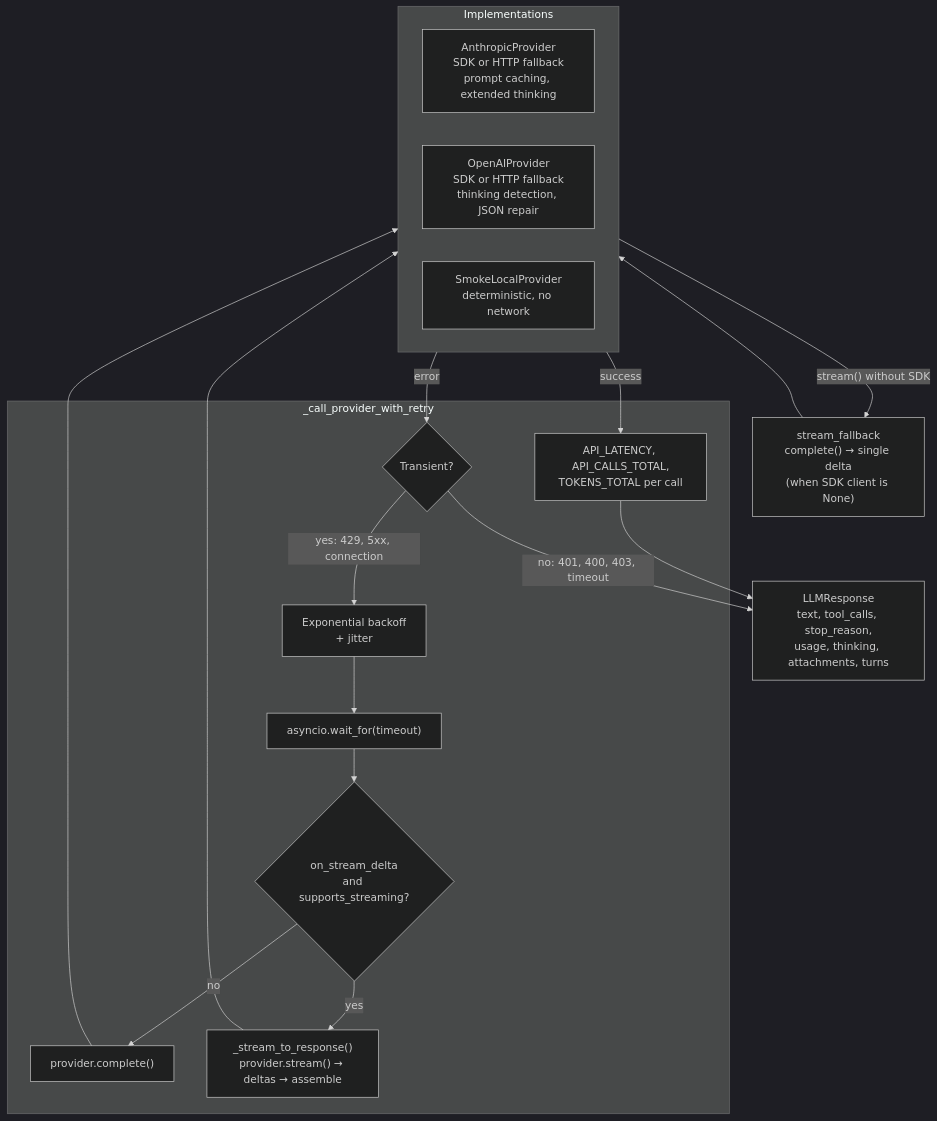
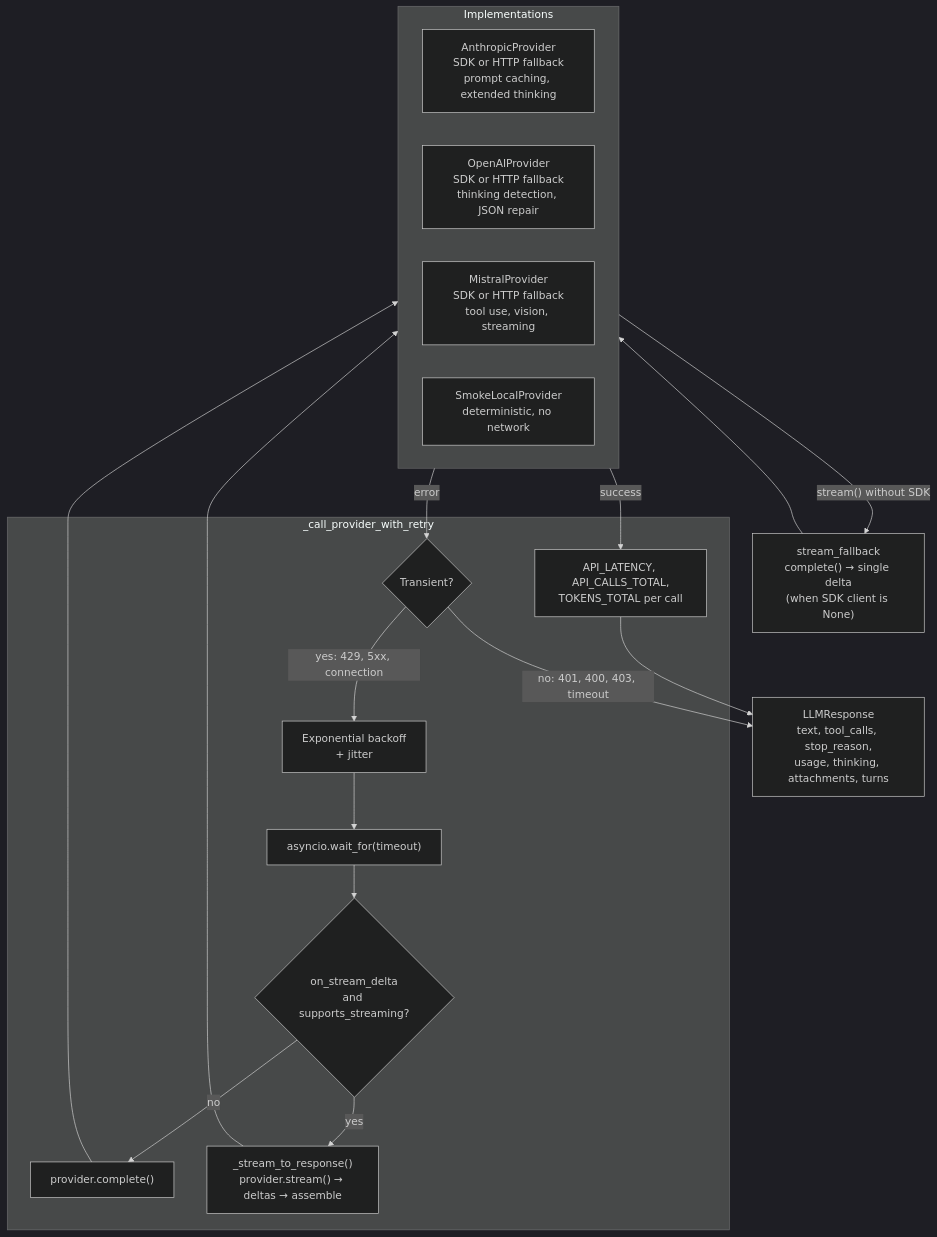
The fifth of 10 diagrams in docs/diagrams.md (nicolasforstinger/lucyd), drawn with Mermaid (dark theme) before and after one commit. The commit also changed other lines of this file and 4 other files, not shown here.

````diff
--- a/docs/diagrams.md
+++ b/docs/diagrams.md
@@ -338,31 +338,32 @@
 ```mermaid
 flowchart TD
     subgraph Retry["_call_provider_with_retry"]
         TIMEOUT["asyncio.wait_for(timeout)"]
         STREAM_Q{"on_stream_delta<br/>and supports_streaming?"}
         COMPLETE["provider.complete()"]
         STREAM_PATH["_stream_to_response()<br/>provider.stream() → deltas → assemble"]
         METRICS["API_LATENCY, API_CALLS_TOTAL,<br/>TOKENS_TOTAL per call"]
         ERR{"Transient?"}
         BACKOFF["Exponential backoff<br/>+ jitter"]
     end
 
     subgraph Providers["Implementations"]
         ANTHROPIC["AnthropicProvider<br/>SDK or HTTP fallback<br/>prompt caching, extended thinking"]
         OPENAI["OpenAIProvider<br/>SDK or HTTP fallback<br/>thinking detection, JSON repair"]
+        MISTRAL["MistralProvider<br/>SDK or HTTP fallback<br/>tool use, vision, streaming"]
         SMOKE["SmokeLocalProvider<br/>deterministic, no network"]
     end
 
     FALLBACK["stream_fallback<br/>complete() → single delta<br/>(when SDK client is None)"]
 
     RESP["LLMResponse<br/>text, tool_calls, stop_reason,<br/>usage, thinking, attachments, turns"]
 
     TIMEOUT --> STREAM_Q
     STREAM_Q -->|yes| STREAM_PATH --> Providers
     STREAM_Q -->|no| COMPLETE --> Providers
     Providers -->|"stream() without SDK"| FALLBACK --> Providers
     Providers -->|success| METRICS --> RESP
     Providers -->|error| ERR
     ERR -->|"yes: 429, 5xx, connection"| BACKOFF --> TIMEOUT
     ERR -->|"no: 401, 400, 403, timeout"| RESP
 ```
````
